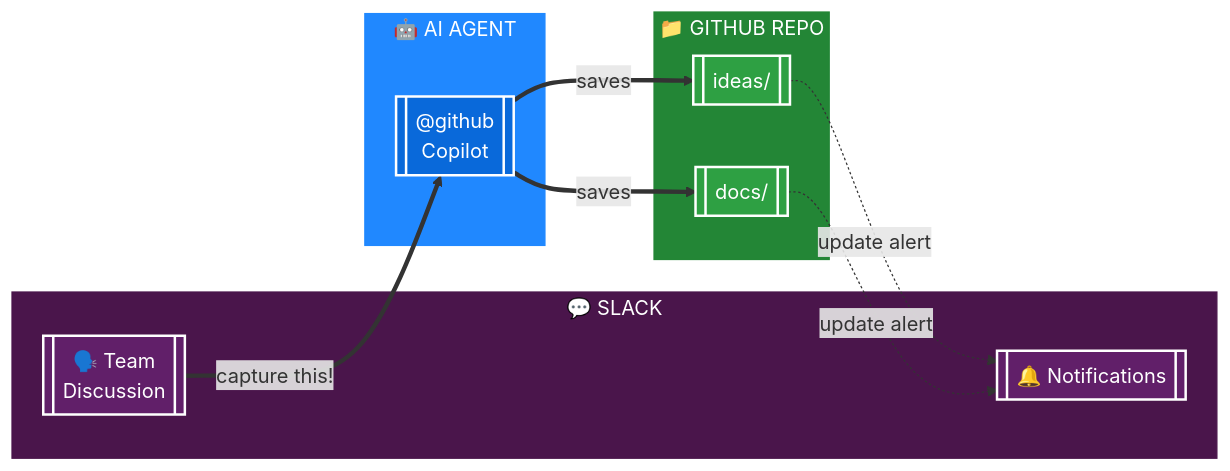
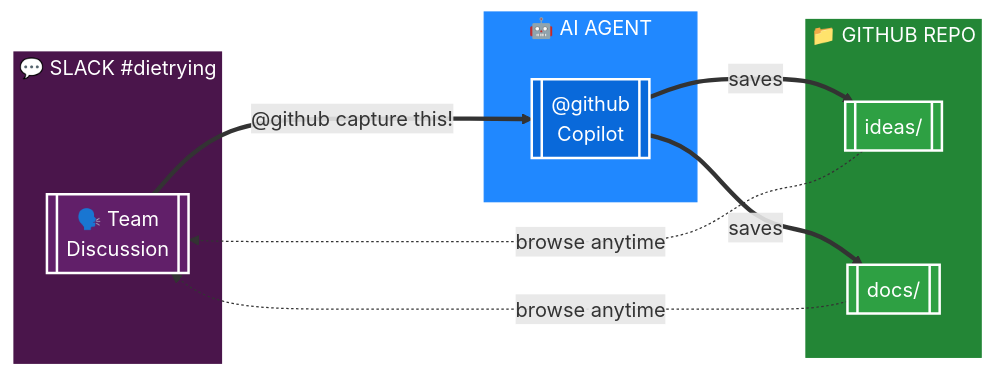
One commit to niemesrw/dietrying changed the diagram in README.md. Above: the diagram before and after it, drawn with Mermaid. The commit also changed other lines of this file and 1 other file, not shown here.

Commit message:
Update docs for clean Slack channel setup
- Remove notification flow from diagram
- Channel is human discussion only, no bot spam
- @github still available on-demand for capturing content

````diff
--- a/README.md
+++ b/README.md
@@ -24,31 +24,29 @@
 ```mermaid
 flowchart LR
-    subgraph Slack["💬 SLACK"]
+    subgraph Slack["💬 SLACK #dietrying"]
         Team[["🗣️ Team<br/>Discussion"]]
-        Notify[["🔔 Notifications"]]
     end
 
     subgraph Agent["🤖 AI AGENT"]
         AI[["@github<br/>Copilot"]]
     end
 
     subgraph GitHub["📁 GITHUB REPO"]
         Ideas[["ideas/"]]
         Docs[["docs/"]]
     end
 
-    Team ==>|"capture this!"| AI
+    Team ==>|"@github capture this!"| AI
     AI ==>|saves| Ideas
     AI ==>|saves| Docs
-    Ideas -.->|update alert| Notify
-    Docs -.->|update alert| Notify
+    Ideas -.->|"browse anytime"| Team
+    Docs -.->|"browse anytime"| Team
 
     style Slack fill:#4A154B,color:#fff,stroke:#4A154B
     style Agent fill:#2088FF,color:#fff,stroke:#2088FF
     style GitHub fill:#238636,color:#fff,stroke:#238636
     style Team fill:#611f69,color:#fff,stroke:#fff,stroke-width:2px
-    style Notify fill:#611f69,color:#fff,stroke:#fff,stroke-width:2px
     style AI fill:#0969da,color:#fff,stroke:#fff,stroke-width:2px
     style Ideas fill:#2ea043,color:#fff,stroke:#fff,stroke-width:2px
     style Docs fill:#2ea043,color:#fff,stroke:#fff,stroke-width:2px
 ```
````
